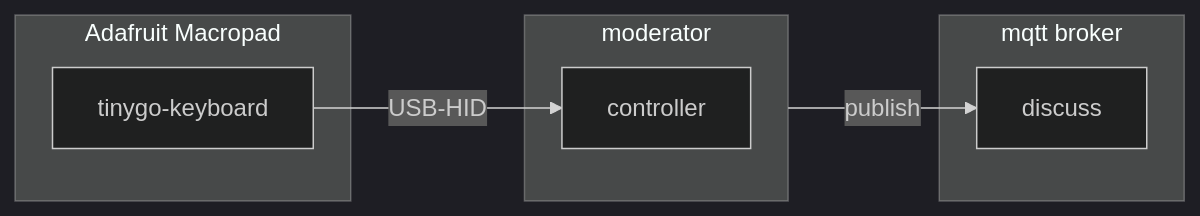
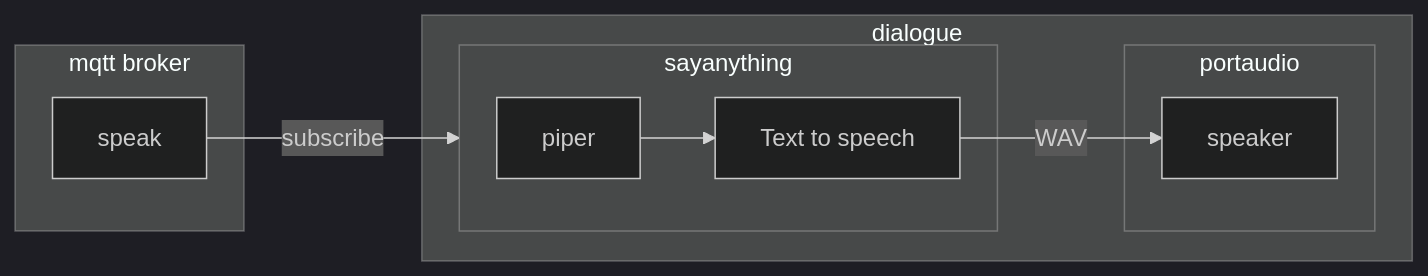
The fifth of 6 diagrams in README.md (deadprogram/talkingheads), drawn with Mermaid (dark theme) before and after one commit. The commit also changed other lines of this file and 7 other files, not shown here.

````diff
--- a/README.md
+++ b/README.md
@@ -94,13 +112,15 @@
 ```mermaid
 flowchart LR
 subgraph mqtt broker
-    discuss
+    speak
 end
-subgraph moderator
-    controller
+subgraph dialogue
+    speak-- subscribe -->sayanything
+    subgraph sayanything
+        piper-->tts[Text to speech]
+    end
+    subgraph portaudio
+        tts-- WAV -->speaker
+    end
 end
-subgraph Adafruit Macropad
-    customkeys[tinygo-keyboard] -- USB-HID --> controller
-end
-moderator -- publish --> discuss
 ```
````
